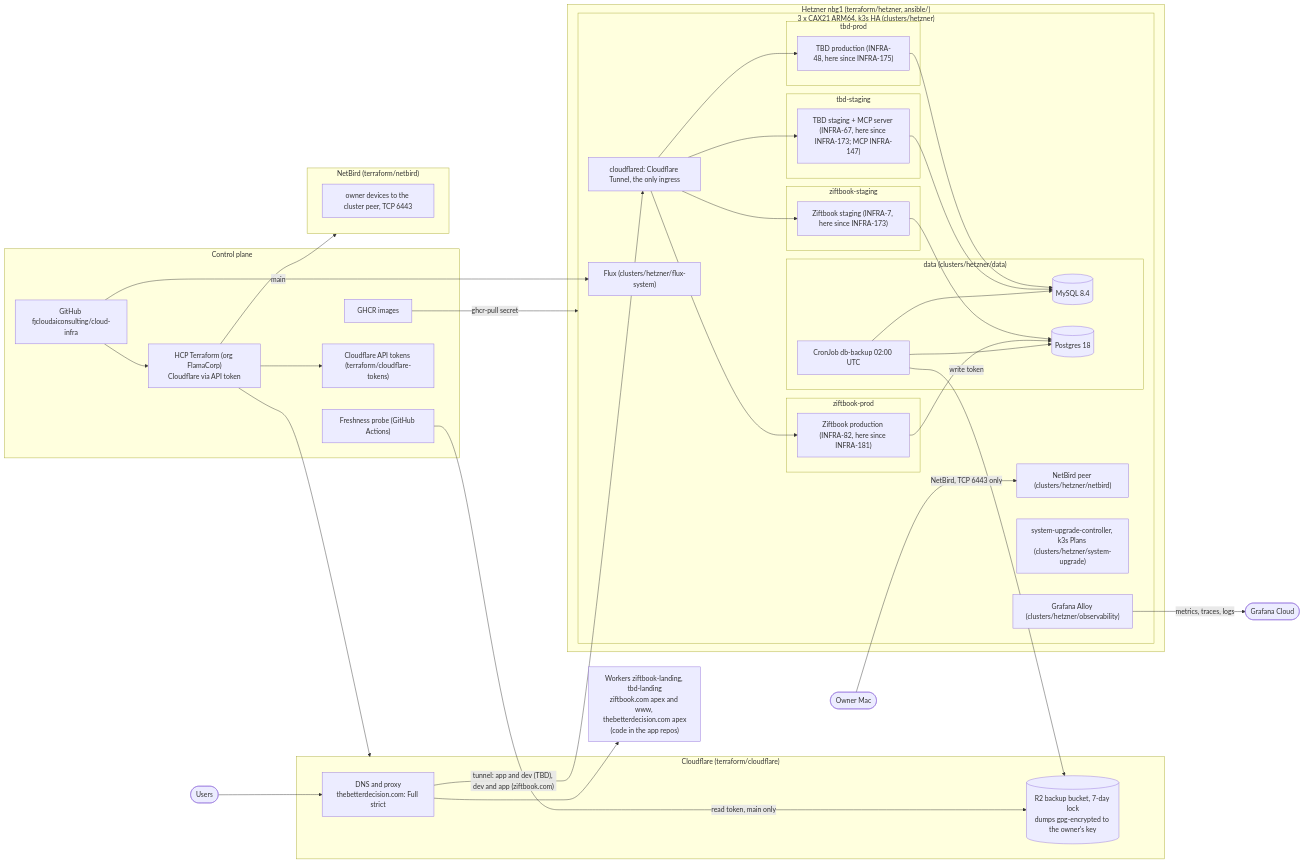
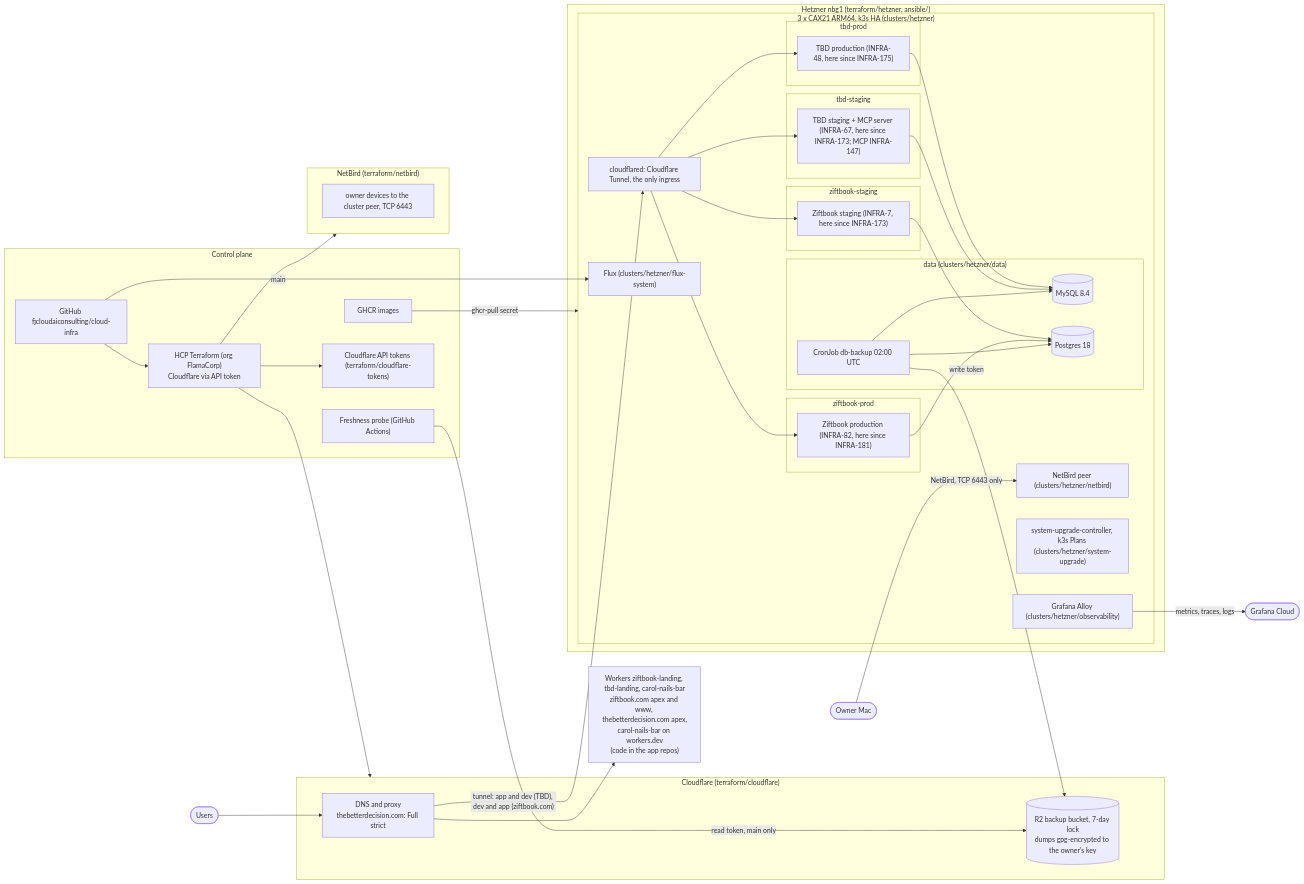
Before and after one commit to fjcloudaiconsulting/cloud-infra: the diagram in docs/architecture.md, drawn with Mermaid. The commit also changed 3 other files, not shown here.

First line of the commit message:
feat(cloudflare-tokens): deploy token for the carol-nails-bar Worker (#404)

````diff
--- a/docs/architecture.md
+++ b/docs/architecture.md
@@ -8,61 +8,61 @@
 ```mermaid
 flowchart LR
   user([Users]) --> cf
 
   subgraph cloudflare["Cloudflare (terraform/cloudflare)"]
     cf["DNS and proxy<br/>thebetterdecision.com: Full strict"]
     r2[("R2 backup bucket, 7-day lock<br/>dumps gpg-encrypted to the owner's key")]
   end
-  worker["Workers ziftbook-landing, tbd-landing<br/>ziftbook.com apex and www, thebetterdecision.com apex<br/>(code in the app repos)"]
+  worker["Workers ziftbook-landing, tbd-landing, carol-nails-bar<br/>ziftbook.com apex and www, thebetterdecision.com apex,<br/>carol-nails-bar on workers.dev<br/>(code in the app repos)"]
   cf --> worker
 
   subgraph hetzner["Hetzner nbg1 (terraform/hetzner, ansible/)"]
     subgraph hk3s["3 x CAX21 ARM64, k3s HA (clusters/hetzner)"]
       cfd["cloudflared: Cloudflare Tunnel, the only ingress"]
       flux["Flux (clusters/hetzner/flux-system)"]
       netbird["NetBird peer (clusters/hetzner/netbird)"]
       alloy["Grafana Alloy (clusters/hetzner/observability)"]
       suc["system-upgrade-controller, k3s Plans (clusters/hetzner/system-upgrade)"]
       subgraph ns_tbdp["tbd-prod"]
         tbdprod["TBD production (INFRA-48, here since INFRA-175)"]
       end
       subgraph ns_tbds["tbd-staging"]
         tbdstg["TBD staging + MCP server (INFRA-67, here since INFRA-173; MCP INFRA-147)"]
       end
       subgraph ns_zif["ziftbook-staging"]
         zifapp["Ziftbook staging (INFRA-7, here since INFRA-173)"]
       end
       subgraph ns_zifp["ziftbook-prod"]
         zifprod["Ziftbook production (INFRA-82, here since INFRA-181)"]
       end
       subgraph hdata["data (clusters/hetzner/data)"]
         hmysql[("MySQL 8.4")]
         hpostgres[("Postgres 18")]
         hbackup["CronJob db-backup 02:00 UTC"]
       end
     end
   end
   cf -->|"tunnel: app and dev (TBD), dev and app (ziftbook.com)"| cfd --> tbdprod & tbdstg & zifapp & zifprod
   tbdprod & tbdstg --> hmysql
   zifapp & zifprod --> hpostgres
   hbackup --> hmysql & hpostgres
 
   hbackup -->|"write token"| r2
   alloy -->|"metrics, traces, logs"| grafana(["Grafana Cloud"])
   probe -->|"read token, main only"| r2
 
   subgraph control["Control plane"]
     gh["GitHub fjcloudaiconsulting/cloud-infra"]
     tfc["HCP Terraform (org FlamaCorp)<br/>Cloudflare via API token"]
     ghcr["GHCR images"]
     probe["Freshness probe (GitHub Actions)"]
     cftok["Cloudflare API tokens (terraform/cloudflare-tokens)"]
   end
   subgraph netbird_cloud["NetBird (terraform/netbird)"]
     nbpolicy["owner devices to the cluster peer, TCP 6443"]
   end
   gh --> tfc --> cloudflare & cftok & netbird_cloud
   gh -->|"main"| flux
   ghcr -->|"ghcr-pull secret"| hk3s
   owner([Owner Mac]) -->|"NetBird, TCP 6443 only"| netbird
 ```
````
